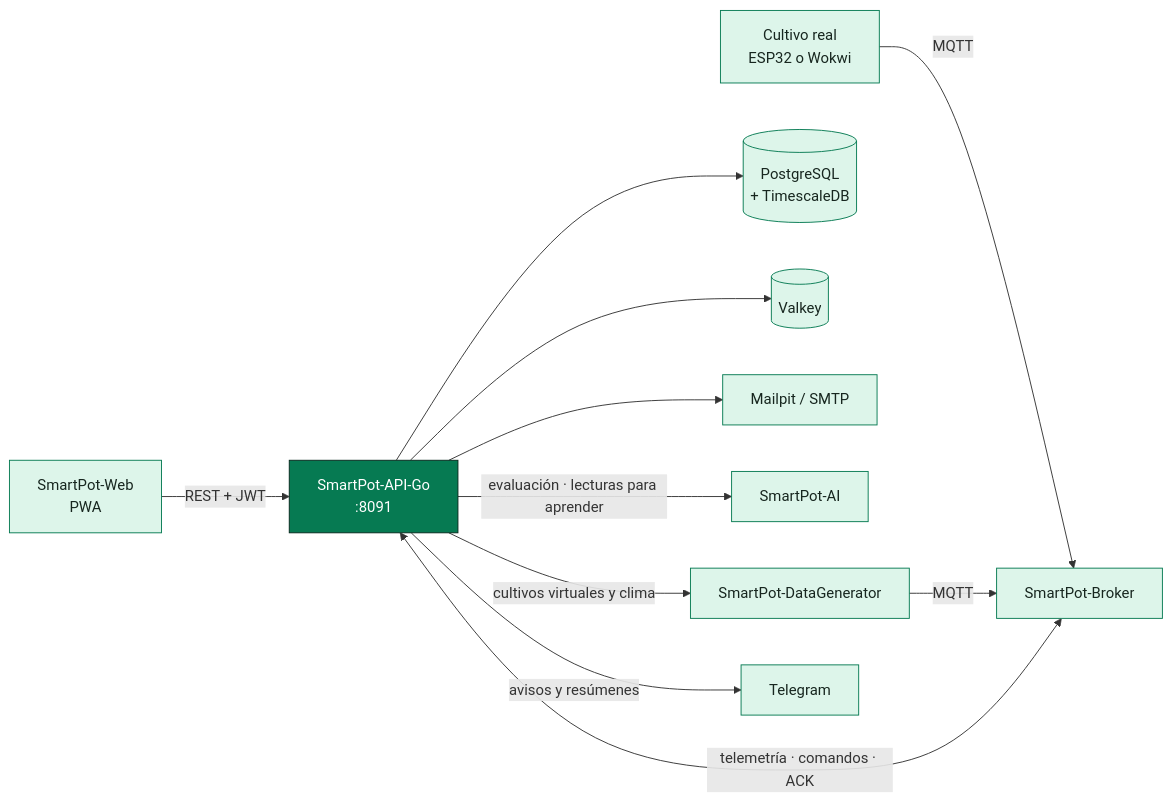
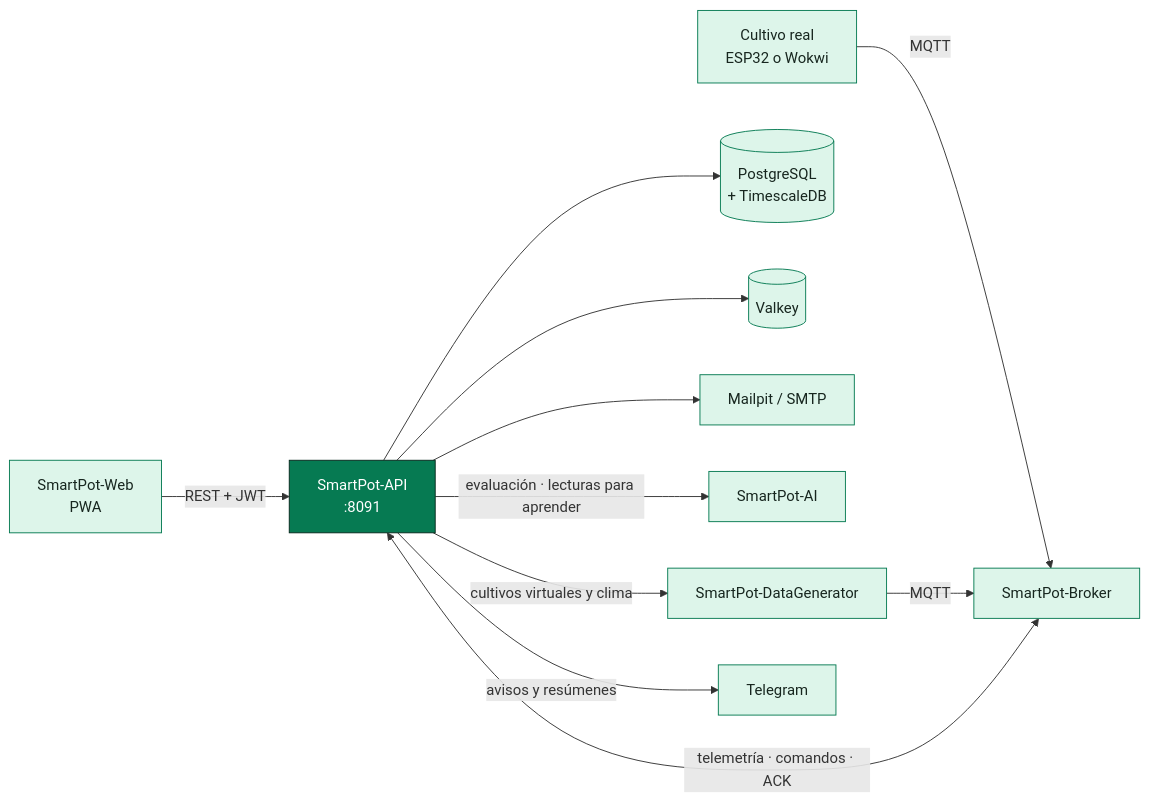
The second of 2 diagrams in README.md (SmartPotTech/SmartPot-API), drawn with Mermaid before and after one commit. The commit also changed other lines of this file, not shown here.

Commit message:
Update documentation to reflect production Stack B architecture [skip deploy] #no-deploy

````diff
--- a/README.md
+++ b/README.md
@@ -272,18 +272,18 @@
 ```mermaid
 flowchart LR
-  web["SmartPot-Web<br/>PWA"] -->|"REST + JWT"| api["SmartPot-API-Go<br/>:8091"]
+  web["SmartPot-Web<br/>PWA"] -->|"REST + JWT"| api["SmartPot-API<br/>:8091"]
   esp["Cultivo real<br/>ESP32 o Wokwi"] -->|"MQTT"| broker["SmartPot-Broker"]
   broker <-->|"telemetría · comandos · ACK"| api
   api --> db[("PostgreSQL<br/>+ TimescaleDB")]
   api --> cache[("Valkey")]
   api --> mail["Mailpit / SMTP"]
   api -->|"evaluación · lecturas para aprender"| ai["SmartPot-AI"]
   api -->|"cultivos virtuales y clima"| sim["SmartPot-DataGenerator"]
   sim -->|"MQTT"| broker
   api -->|"avisos y resúmenes"| tg["Telegram"]
 
   classDef core fill:#067A52,stroke:#06281C,color:#fff;
   classDef ext fill:#DDF5EA,stroke:#067A52,color:#17261F;
   class api core;
   class web,esp,broker,db,cache,mail,ai,sim,tg ext;
 ```
````
